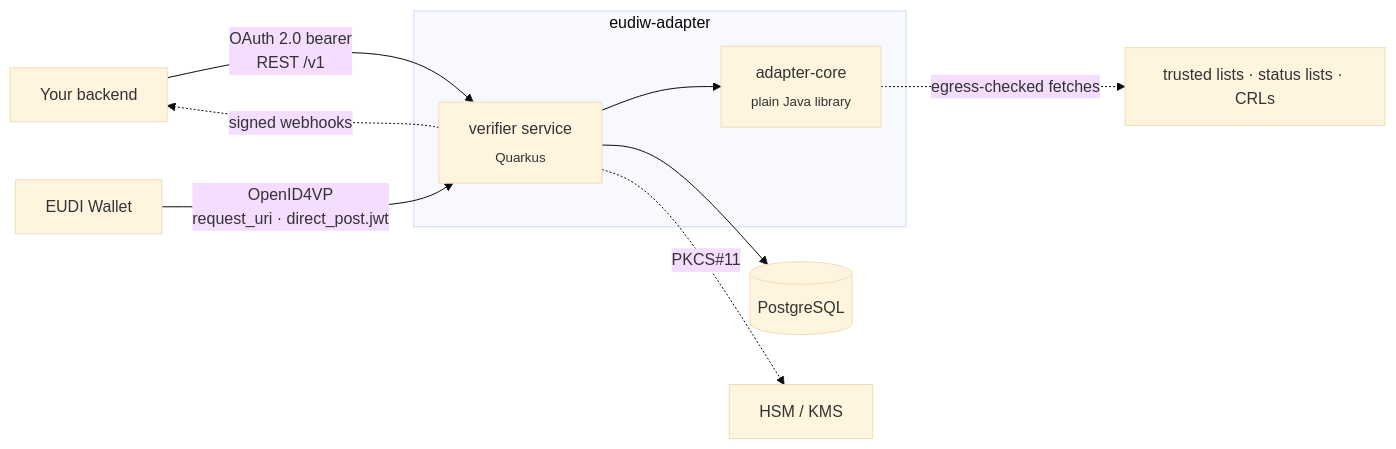
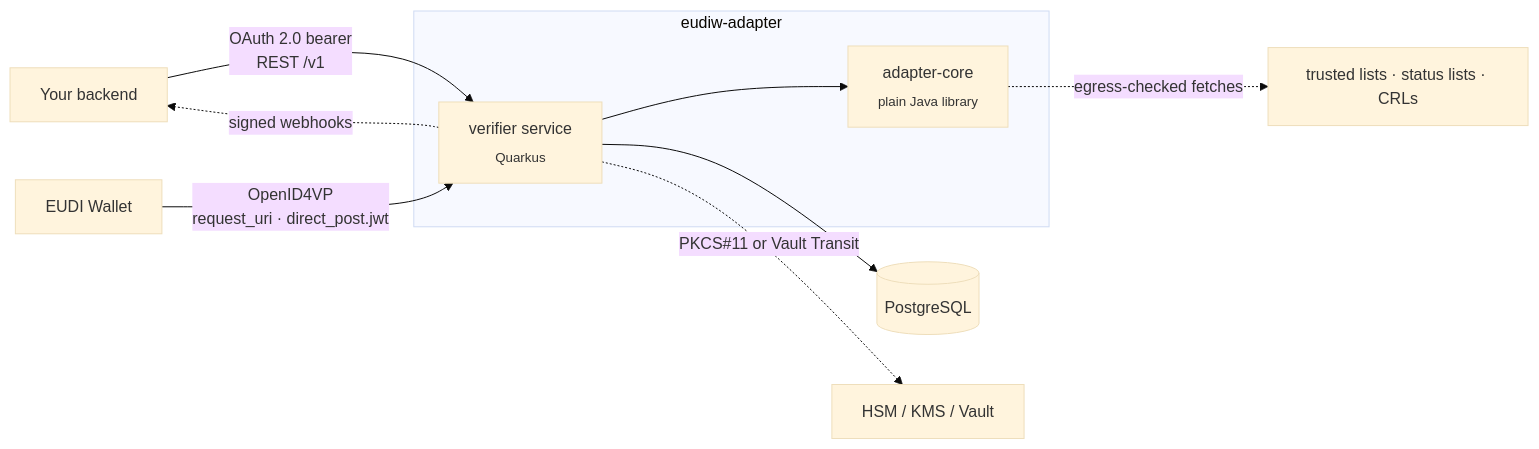
The second of 2 diagrams in README.md (su-engineering/eudiw-adapter), drawn with Mermaid (base theme) before and after one commit. The commit also changed other lines of this file and 12 other files, not shown here.

First line of the commit message:
Request-signing keys in HashiCorp Vault Transit

````diff
--- a/README.md
+++ b/README.md
@@ -263,12 +263,12 @@
 ```mermaid
 flowchart LR
     APP["Your backend"] -- "OAuth 2.0 bearer<br/>REST /v1" --> SVC
     WALLET["EUDI Wallet"] -- "OpenID4VP<br/>request_uri · direct_post.jwt" --> SVC
     subgraph ADAPTER ["eudiw-adapter"]
       SVC["verifier service<br/><sub>Quarkus</sub>"] --> CORE["adapter-core<br/><sub>plain Java library</sub>"]
     end
     SVC --> DB[("PostgreSQL")]
     SVC -. "signed webhooks" .-> APP
     CORE -. "egress-checked fetches" .-> NET["trusted lists · status lists · CRLs"]
-    SVC -. "PKCS#11" .-> HSM["HSM / KMS"]
+    SVC -. "PKCS#11 or Vault Transit" .-> HSM["HSM / KMS / Vault"]
 ```
````
